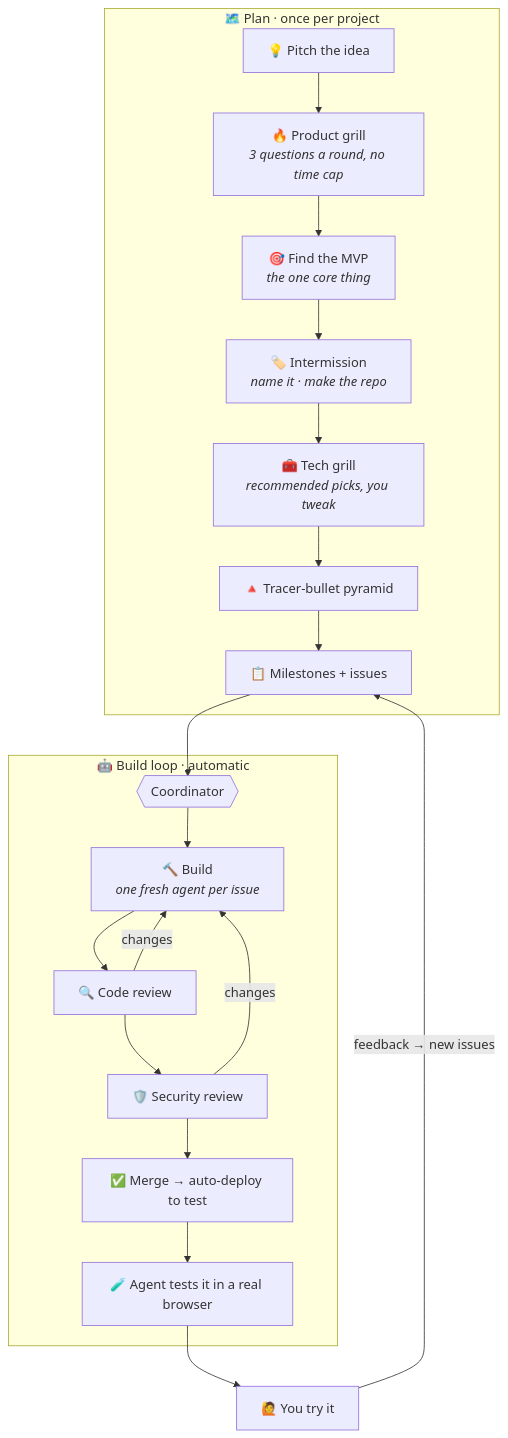
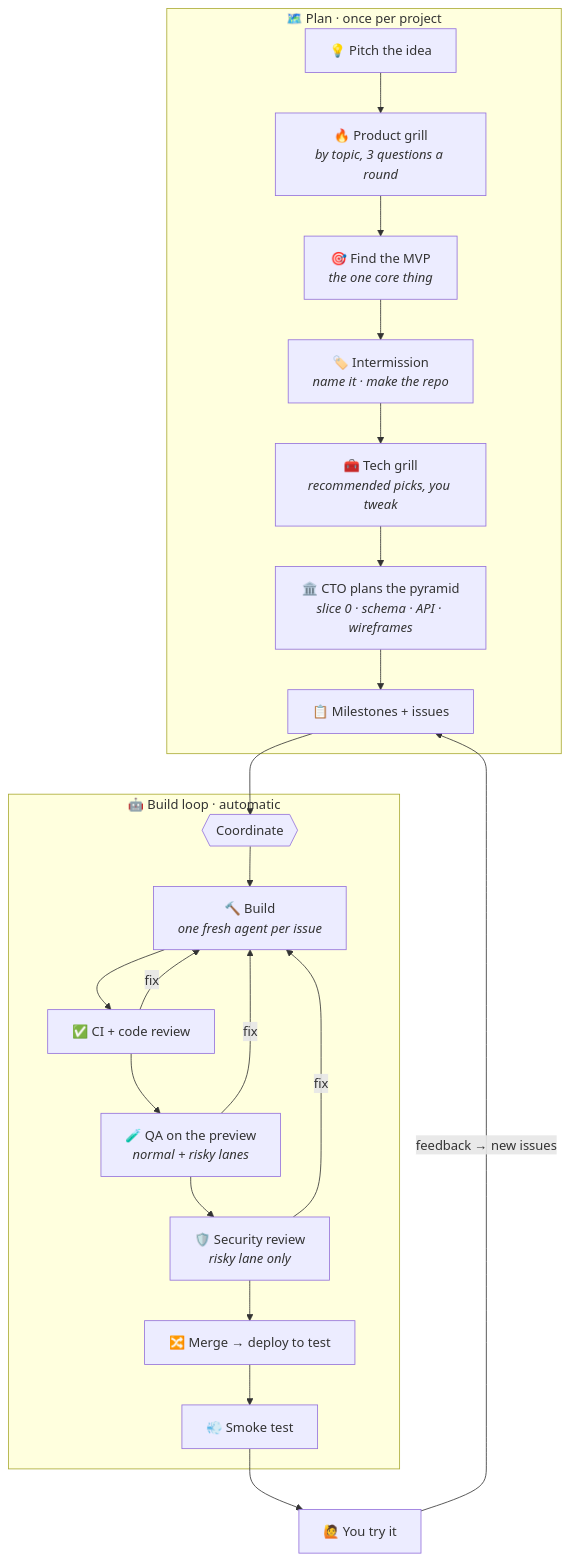
One commit to jsmigendevelopment/AI-Dev-Workflow changed the diagram in README.md. Above: the diagram before and after it, drawn with Mermaid. The commit also changed other lines of this file and 106 other files, not shown here.

First line of the commit message:
AI-Dev-Workflow v0.2: four commands, checks before merge, lanes, always-stop list

````diff
--- a/README.md
+++ b/README.md
@@ -95,23 +100,25 @@
 ```mermaid
 flowchart TD
     subgraph PLAN["🗺️ Plan · once per project"]
-        A["💡 Pitch the idea"] --> B["🔥 Product grill<br/><i>3 questions a round, no time cap</i>"]
+        A["💡 Pitch the idea"] --> B["🔥 Product grill<br/><i>by topic, 3 questions a round</i>"]
         B --> C["🎯 Find the MVP<br/><i>the one core thing</i>"]
         C --> D["🏷️ Intermission<br/><i>name it · make the repo</i>"]
         D --> E["🧰 Tech grill<br/><i>recommended picks, you tweak</i>"]
-        E --> F["🔺 Tracer-bullet pyramid"]
+        E --> F["🏛️ CTO plans the pyramid<br/><i>slice 0 · schema · API · wireframes</i>"]
         F --> G["📋 Milestones + issues"]
     end
     subgraph LOOP["🤖 Build loop · automatic"]
-        H{{"Coordinator"}} --> I["🔨 Build<br/><i>one fresh agent per issue</i>"]
-        I --> J["🔍 Code review"]
-        J -- changes --> I
-        J --> K["🛡️ Security review"]
-        K -- changes --> I
-        K --> L["✅ Merge → auto-deploy to test"]
-        L --> M["🧪 Agent tests it in a real browser"]
+        H{{"Coordinate"}} --> I["🔨 Build<br/><i>one fresh agent per issue</i>"]
+        I --> J["✅ CI + code review"]
+        J -- fix --> I
+        J --> K["🧪 QA on the preview<br/><i>normal + risky lanes</i>"]
+        K -- fix --> I
+        K --> S["🛡️ Security review<br/><i>risky lane only</i>"]
+        S -- fix --> I
+        S --> L["🔀 Merge → deploy to test"]
+        L --> M["💨 Smoke test"]
     end
     G --> H
     M --> N["🙋 You try it"]
     N -- "feedback → new issues" --> G
 ```
````
